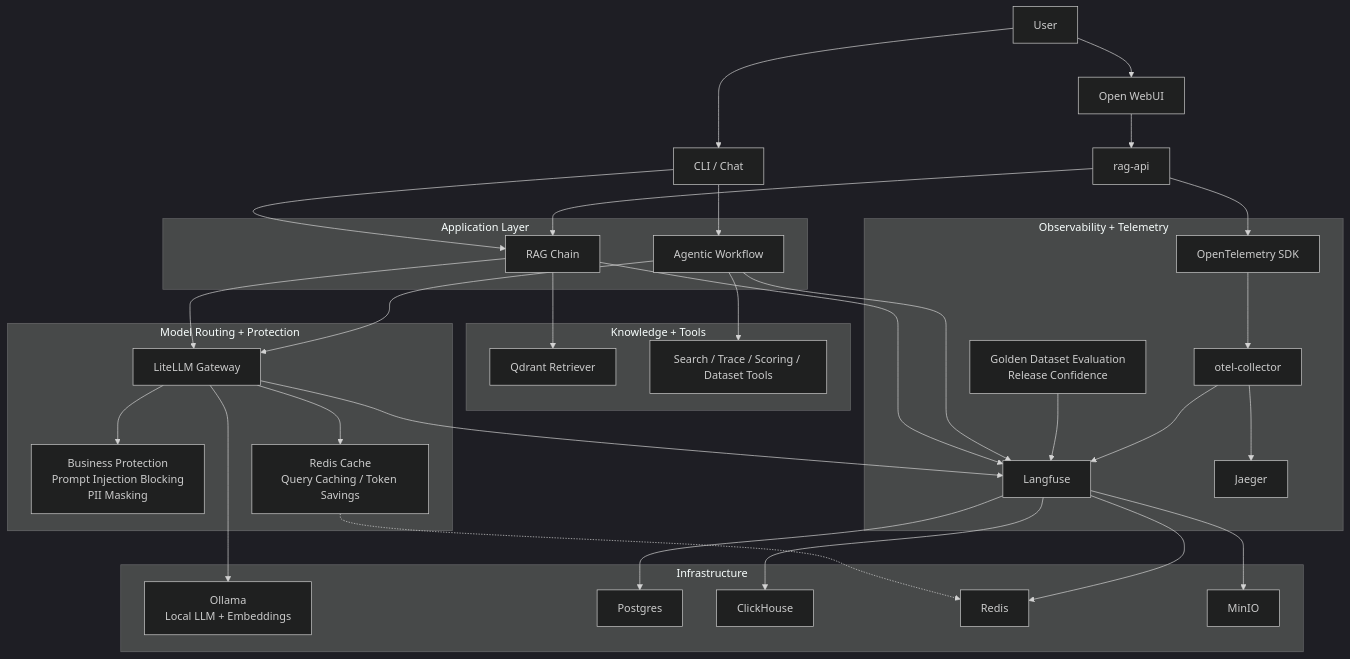
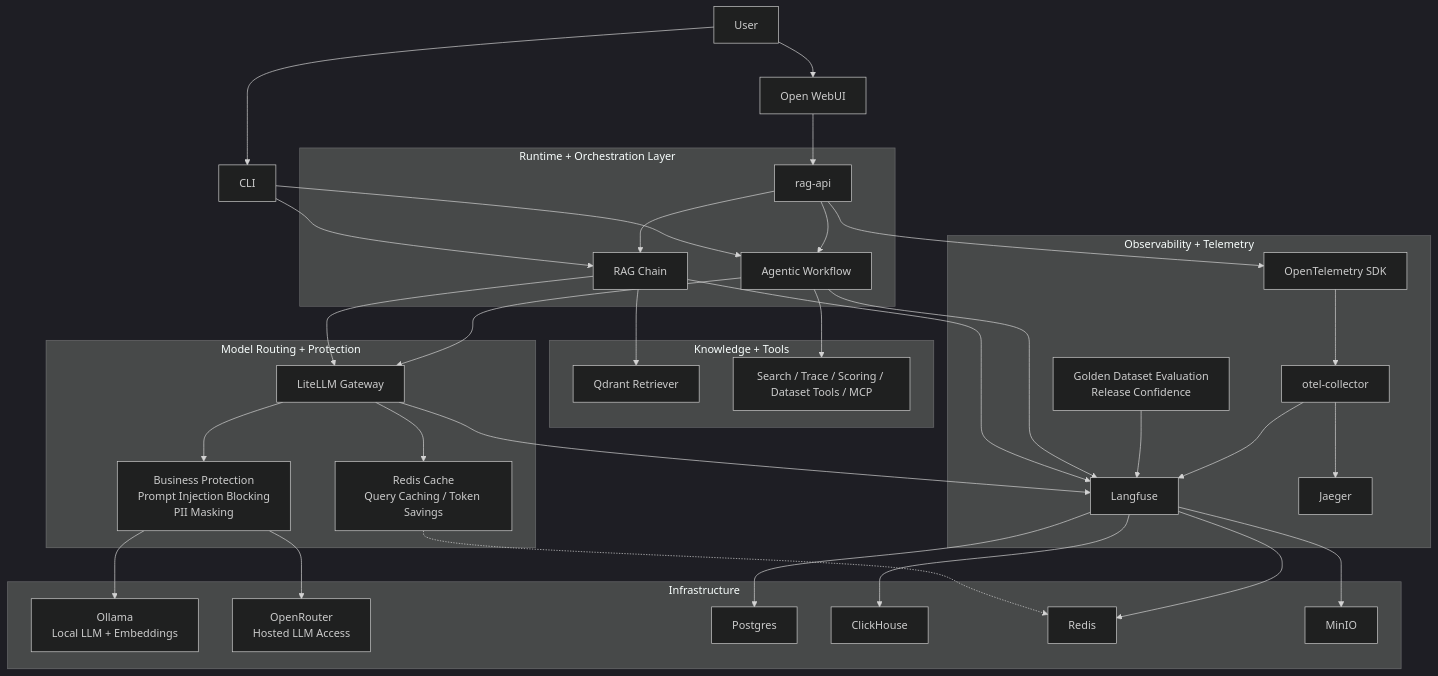
Before and after one commit to glaborie/agentguard: the first of 2 diagrams in docs/architecture.md, drawn with Mermaid (dark theme). The commit also changed other lines of this file, not shown here.

Commit message:
Update architecture diagram for clearer runtime flow

````diff
--- a/docs/architecture.md
+++ b/docs/architecture.md
@@ -11,71 +11,73 @@
 ```mermaid
 flowchart TD
     U[User]
-    CLI[CLI / Chat]
+    CLI[CLI]
     WEB[Open WebUI]
     API[rag-api]
 
+    U --> WEB
     U --> CLI
-    U --> WEB
+
     WEB --> API
     CLI --> RAG
     CLI --> AGENT
-    API --> RAG
 
-    subgraph App["Application Layer"]
-        RAG[RAG Chain]
-        AGENT[Agentic Workflow]
+    subgraph Runtime["Runtime + Orchestration Layer"]
+        API --> RAG[RAG Chain]
+        API --> AGENT[Agentic Workflow]
     end
 
     subgraph Knowledge["Knowledge + Tools"]
         Q[Qdrant Retriever]
-        TOOLS[Search / Trace / Scoring / Dataset Tools]
+        TOOLS[Search / Trace / Scoring / Dataset Tools / MCP]
     end
 
     subgraph Model["Model Routing + Protection"]
         LLM[LiteLLM Gateway]
         PROTECT[Business Protection<br/>Prompt Injection Blocking<br/>PII Masking]
         CACHE[Redis Cache<br/>Query Caching / Token Savings]
     end
 
     subgraph Telemetry["Observability + Telemetry"]
         LF[Langfuse]
         OTEL[OpenTelemetry SDK]
         COLLECTOR[otel-collector]
         JAEGER[Jaeger]
         EVAL[Golden Dataset Evaluation<br/>Release Confidence]
     end
 
     subgraph Infra["Infrastructure"]
         OLLAMA[Ollama<br/>Local LLM + Embeddings]
+        OPENROUTER[OpenRouter<br/>Hosted LLM Access]
         PG[Postgres]
         CH[ClickHouse]
         REDIS[Redis]
         MINIO[MinIO]
     end
 
     RAG --> Q
     RAG --> LLM
     AGENT --> TOOLS
     AGENT --> LLM
 
     LLM --> PROTECT
-    LLM --> OLLAMA
+    PROTECT --> OLLAMA
+    PROTECT --> OPENROUTER
     LLM --> CACHE
     CACHE -.-> REDIS
 
     RAG --> LF
     AGENT --> LF
     LLM --> LF
     EVAL --> LF
 
     API --> OTEL
     OTEL --> COLLECTOR
     COLLECTOR --> JAEGER
     COLLECTOR --> LF
 
     LF --> PG
     LF --> CH
     LF --> REDIS
     LF --> MINIO
 ```
````
